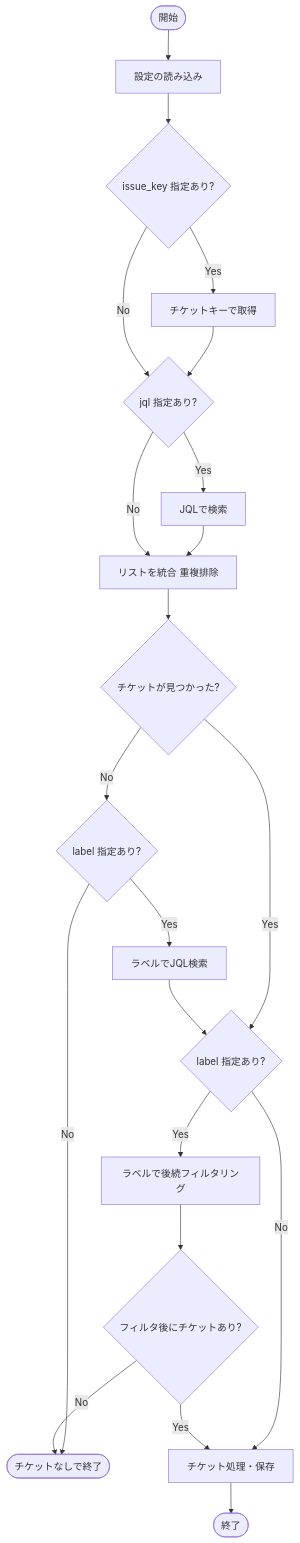
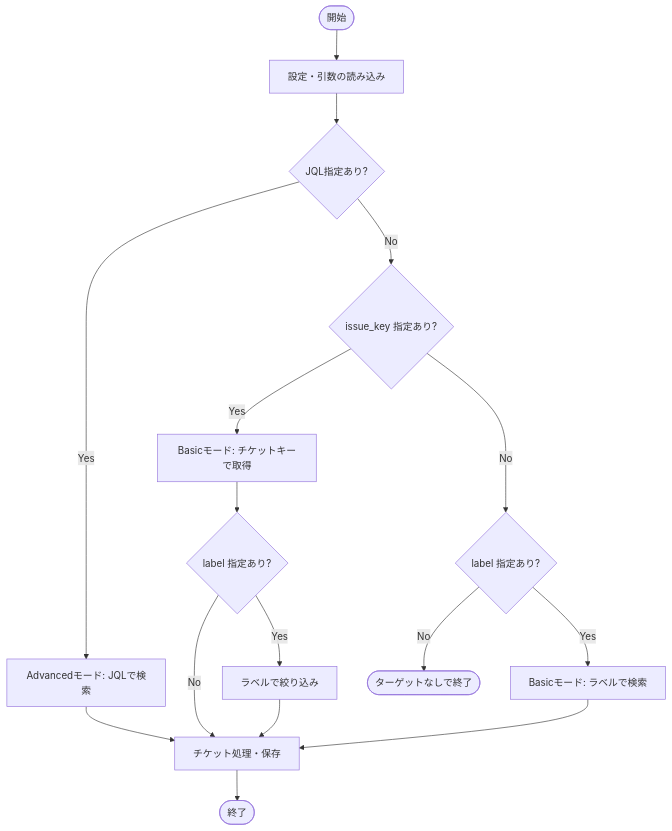
The diagram in README.md (masanori-satake/J2M-Export), drawn with Mermaid before and after one commit. The commit also changed other lines of this file and 3 other files, not shown here.

````diff
--- a/README.md
+++ b/README.md
@@ -63,32 +72,24 @@
 ```mermaid
 graph TD
-    Start([開始]) --> LoadConfig[設定の読み込み]
-    LoadConfig --> HasKeys{issue_key 指定あり?}
+    Start([開始]) --> LoadConfig[設定・引数の読み込み]
+    LoadConfig --> IsAdvanced{JQL指定あり?}
 
-    HasKeys -- Yes --> FetchKeys[チケットキーで取得]
-    FetchKeys --> HasJQL{jql 指定あり?}
-    HasKeys -- No --> HasJQL
+    IsAdvanced -- Yes --> FetchJQL[Advancedモード: JQLで検索]
+    FetchJQL --> ProcessIssues[チケット処理・保存]
 
-    HasJQL -- Yes --> FetchJQL[JQLで検索]
-    FetchJQL --> MergeIssues[リストを統合 重複排除]
-    HasJQL -- No --> MergeIssues
+    IsAdvanced -- No --> HasKeys{issue_key 指定あり?}
 
-    MergeIssues --> EmptyCheck1{チケットが見つかった?}
+    HasKeys -- Yes --> FetchKeys[Basicモード: チケットキーで取得]
+    FetchKeys --> HasLabels{label 指定あり?}
+    HasLabels -- Yes --> FilterLabels[ラベルで絞り込み]
+    HasLabels -- No --> ProcessIssues
+    FilterLabels --> ProcessIssues
 
-    EmptyCheck1 -- No --> HasLabels{label 指定あり?}
-    EmptyCheck1 -- Yes --> HasLabelsPost{label 指定あり?}
+    HasKeys -- No --> HasLabelsOnly{label 指定あり?}
+    HasLabelsOnly -- Yes --> FetchLabels[Basicモード: ラベルで検索]
+    HasLabelsOnly -- No --> NoIssues([ターゲットなしで終了])
 
-    HasLabels -- Yes --> FetchLabels[ラベルでJQL検索]
-    HasLabels -- No --> NoIssues([チケットなしで終了])
-
-    FetchLabels --> HasLabelsPost
-
-    HasLabelsPost -- Yes --> FilterLabels[ラベルで後続フィルタリング]
-    HasLabelsPost -- No --> ProcessIssues[チケット処理・保存]
-
-    FilterLabels --> EmptyCheck2{フィルタ後にチケットあり?}
-    EmptyCheck2 -- No --> NoIssues
-    EmptyCheck2 -- Yes --> ProcessIssues
+    FetchLabels --> ProcessIssues
 
     ProcessIssues --> End([終了])
 ```
````
